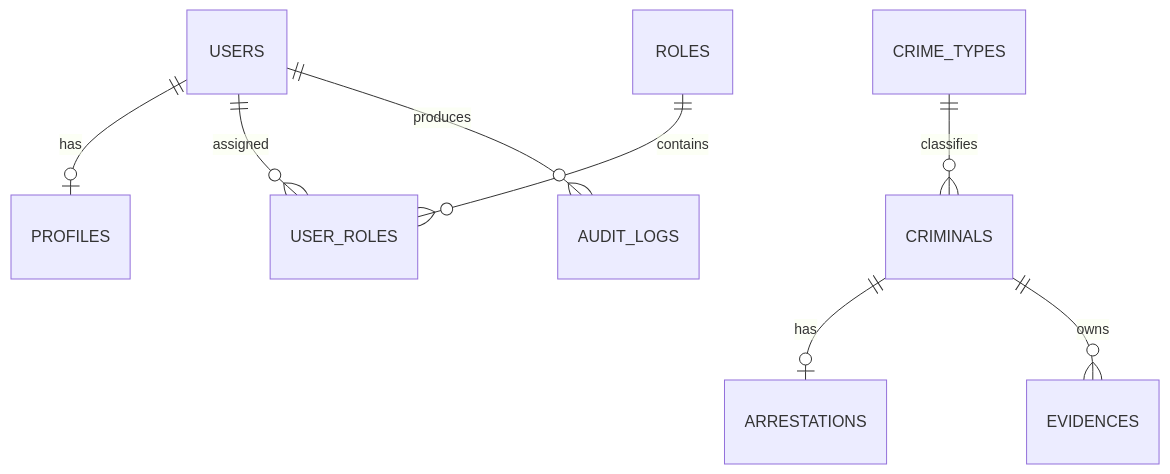
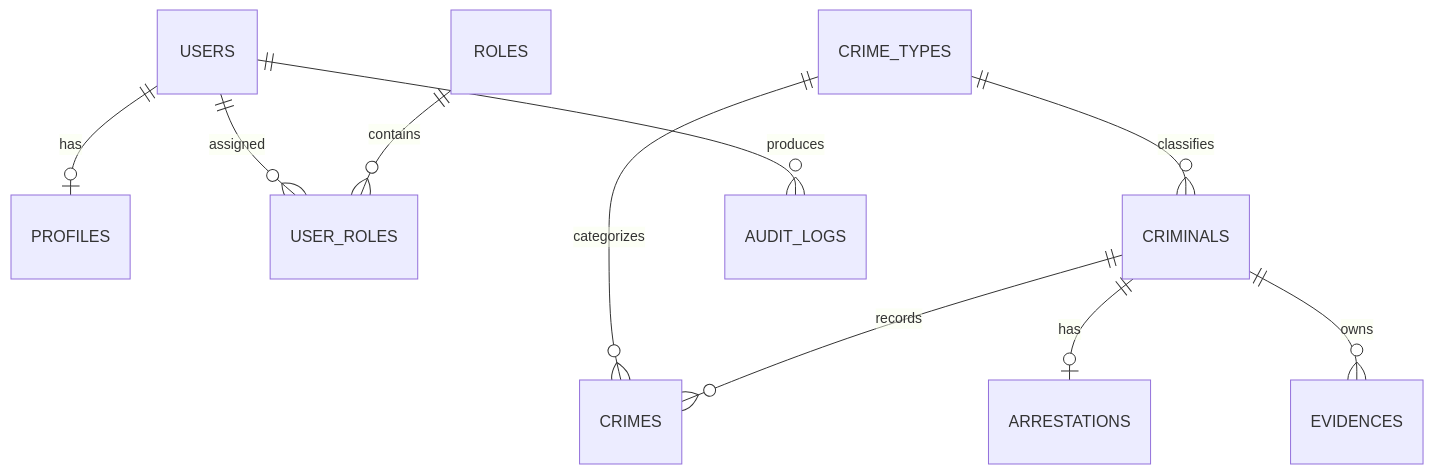
Before and after one commit to welcom-fresnel/crimi: the second of 3 diagrams in BASE_DE_DONNEES_MCD_MLD.md, drawn with Mermaid. The commit also changed other lines of this file and 32 other files, not shown here.

````diff
--- a/BASE_DE_DONNEES_MCD_MLD.md
+++ b/BASE_DE_DONNEES_MCD_MLD.md
@@ -380,10 +431,12 @@
 ```mermaid
 erDiagram
     USERS ||--o| PROFILES : has
     USERS ||--o{ USER_ROLES : assigned
     ROLES ||--o{ USER_ROLES : contains
     CRIME_TYPES ||--o{ CRIMINALS : classifies
+    CRIME_TYPES ||--o{ CRIMES : categorizes
+    CRIMINALS ||--o{ CRIMES : records
     CRIMINALS ||--o| ARRESTATIONS : has
     CRIMINALS ||--o{ EVIDENCES : owns
     USERS ||--o{ AUDIT_LOGS : produces
 ```
````
